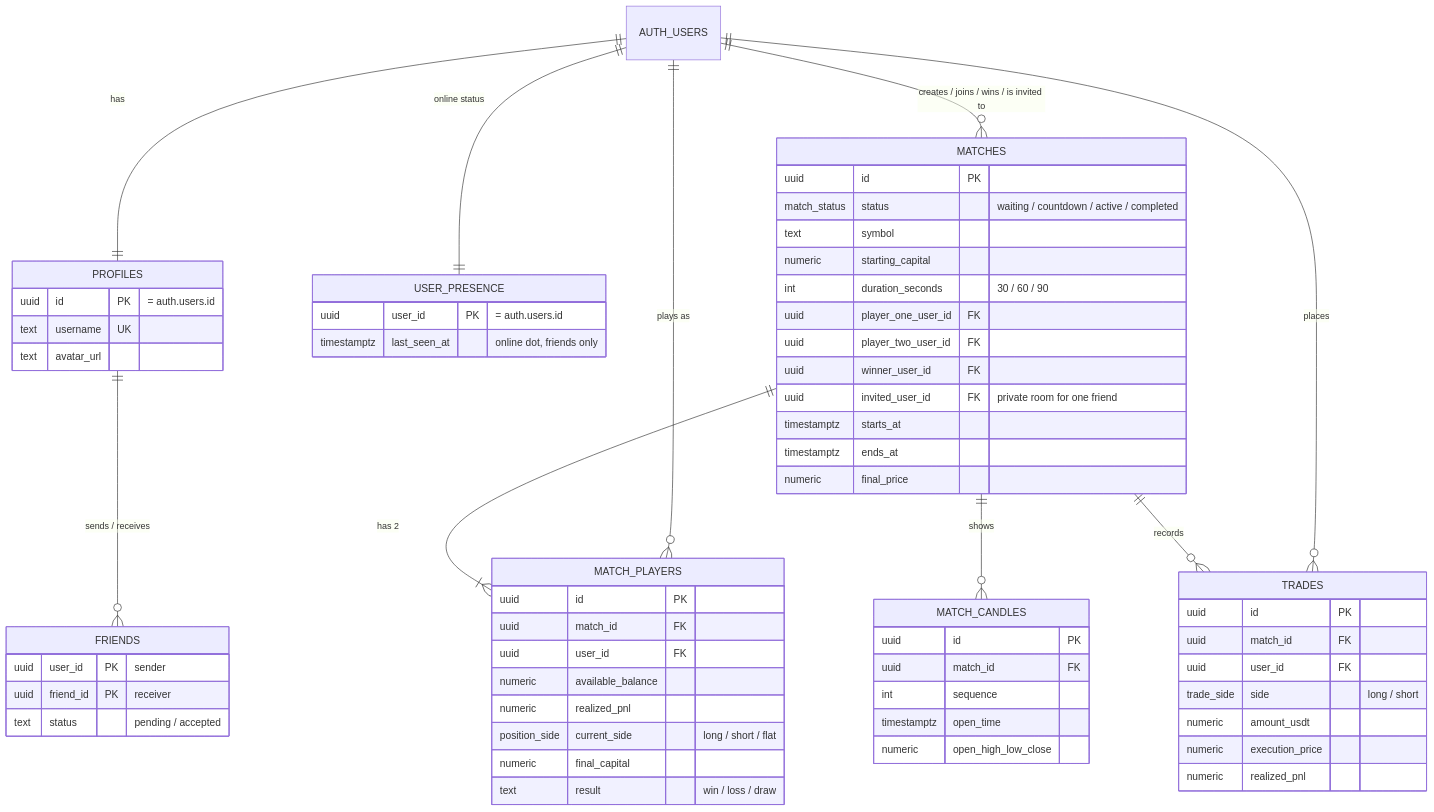
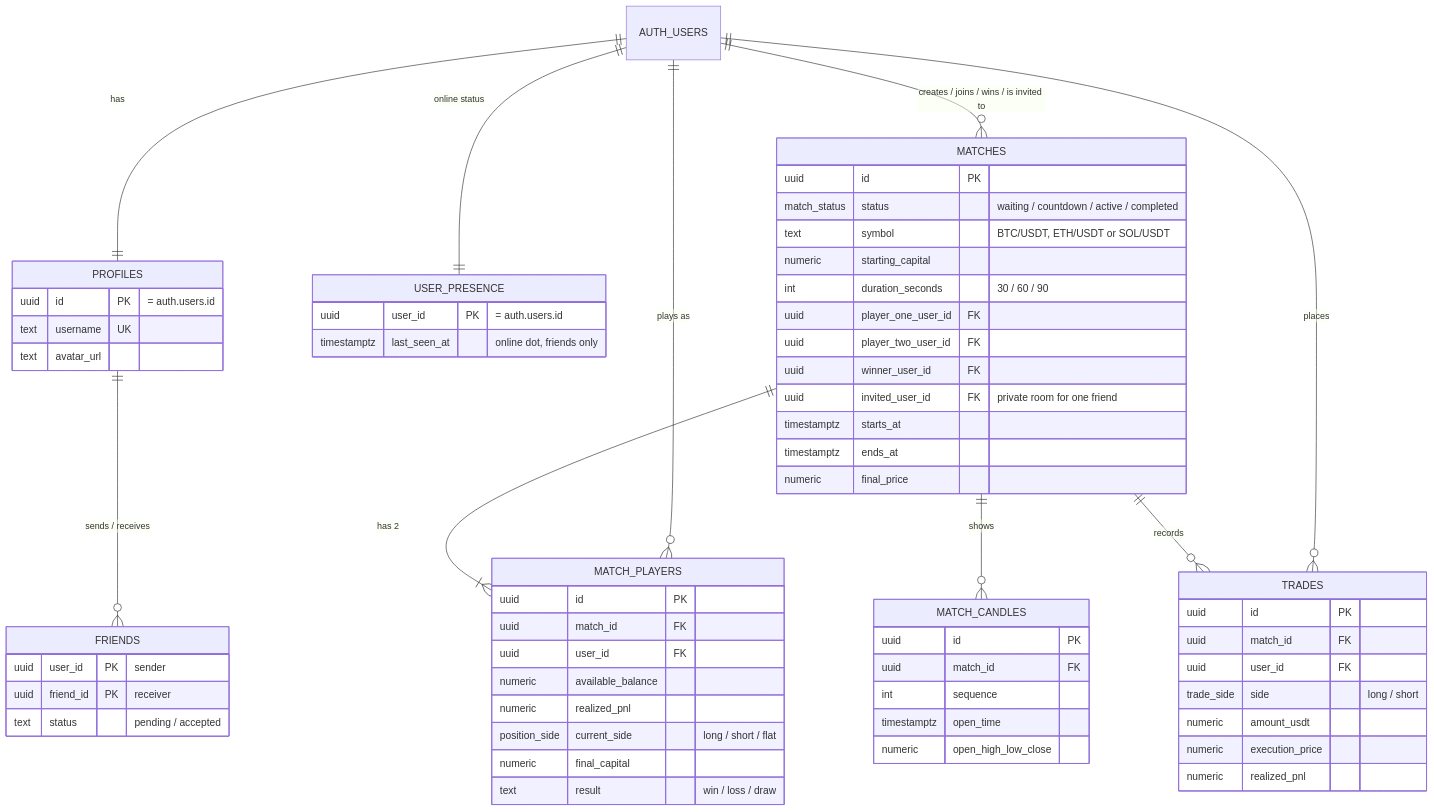
One commit to brianyeap/transcendence changed the diagram in README.md. Above: the diagram before and after it, drawn with Mermaid. The commit also changed other lines of this file and 11 other files, not shown here.

First line of the commit message:
feat(match): let the room creator pick BTC, ETH or SOL

````diff
--- a/README.md
+++ b/README.md
@@ -78,67 +80,67 @@
 ```mermaid
 erDiagram
     AUTH_USERS ||--|| PROFILES : "has"
     AUTH_USERS ||--|| USER_PRESENCE : "online status"
     PROFILES ||--o{ FRIENDS : "sends / receives"
     AUTH_USERS ||--o{ MATCHES : "creates / joins / wins / is invited to"
     MATCHES ||--|{ MATCH_PLAYERS : "has 2"
     MATCHES ||--o{ MATCH_CANDLES : "shows"
     MATCHES ||--o{ TRADES : "records"
     AUTH_USERS ||--o{ MATCH_PLAYERS : "plays as"
     AUTH_USERS ||--o{ TRADES : "places"
 
     PROFILES {
         uuid id PK "= auth.users.id"
         text username UK
         text avatar_url
     }
     USER_PRESENCE {
         uuid user_id PK "= auth.users.id"
         timestamptz last_seen_at "online dot, friends only"
     }
     FRIENDS {
         uuid user_id PK "sender"
         uuid friend_id PK "receiver"
         text status "pending / accepted"
     }
     MATCHES {
         uuid id PK
         match_status status "waiting / countdown / active / completed"
-        text symbol
+        text symbol "BTC/USDT, ETH/USDT or SOL/USDT"
         numeric starting_capital
         int duration_seconds "30 / 60 / 90"
         uuid player_one_user_id FK
         uuid player_two_user_id FK
         uuid winner_user_id FK
         uuid invited_user_id FK "private room for one friend"
         timestamptz starts_at
         timestamptz ends_at
         numeric final_price
     }
     MATCH_PLAYERS {
         uuid id PK
         uuid match_id FK
         uuid user_id FK
         numeric available_balance
         numeric realized_pnl
         position_side current_side "long / short / flat"
         numeric final_capital
         text result "win / loss / draw"
     }
     MATCH_CANDLES {
         uuid id PK
         uuid match_id FK
         int sequence
         timestamptz open_time
         numeric open_high_low_close
     }
     TRADES {
         uuid id PK
         uuid match_id FK
         uuid user_id FK
         trade_side side "long / short"
         numeric amount_usdt
         numeric execution_price
         numeric realized_pnl
     }
 ```
````
